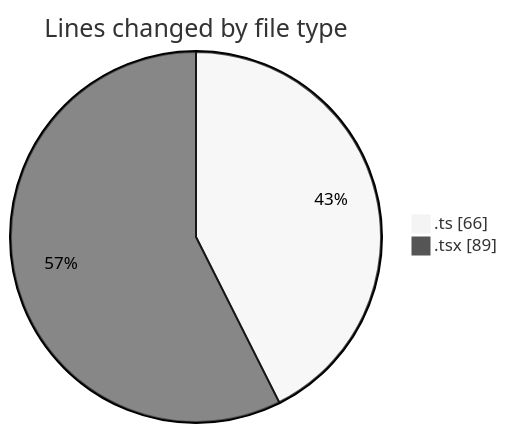
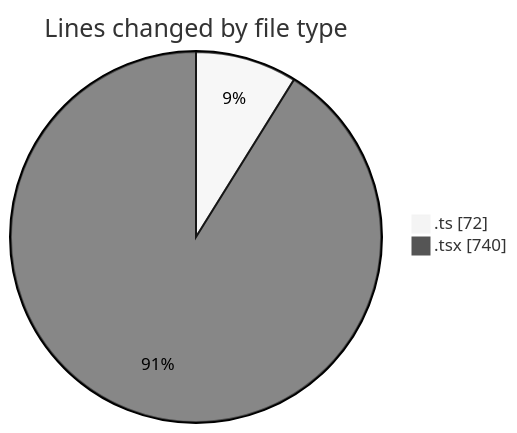
The first of 2 diagrams in 2025-09-25/cda/README.md (momahboobian/code-tracking), drawn with Mermaid (neutral theme) before and after one commit. The commit also changed other lines of this file and 1 other file, not shown here.

````diff
--- a/2025-09-25/cda/README.md
+++ b/2025-09-25/cda/README.md
@@ -22,6 +28,6 @@
 ```mermaid
 pie showData
 title Lines changed by file type
-".ts" : 66
-".tsx" : 89
+".ts" : 72
+".tsx" : 740
 ```
````
